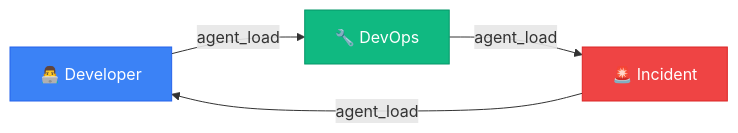
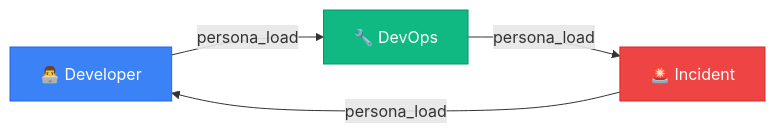
One commit to dmzoneill/redhat-ai-workflow changed the diagram in README.md. Above: the diagram before and after it, drawn with Mermaid. The commit also changed other lines of this file and 2433 other files, not shown here.

````diff
--- a/README.md
+++ b/README.md
@@ -154,10 +156,10 @@
 ```mermaid
 graph LR
-    DEV[👨‍💻 Developer] --> |"agent_load"| DEVOPS[🔧 DevOps]
-    DEVOPS --> |"agent_load"| INCIDENT[🚨 Incident]
-    INCIDENT --> |"agent_load"| DEV
+    DEV[👨‍💻 Developer] --> |"persona_load"| DEVOPS[🔧 DevOps]
+    DEVOPS --> |"persona_load"| INCIDENT[🚨 Incident]
+    INCIDENT --> |"persona_load"| DEV
 
     style DEV fill:#3b82f6,stroke:#2563eb,color:#fff
     style DEVOPS fill:#10b981,stroke:#059669,color:#fff
     style INCIDENT fill:#ef4444,stroke:#dc2626,color:#fff
 ```
````
